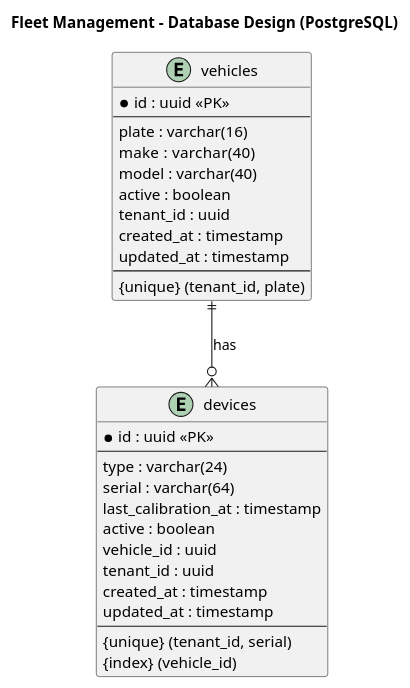
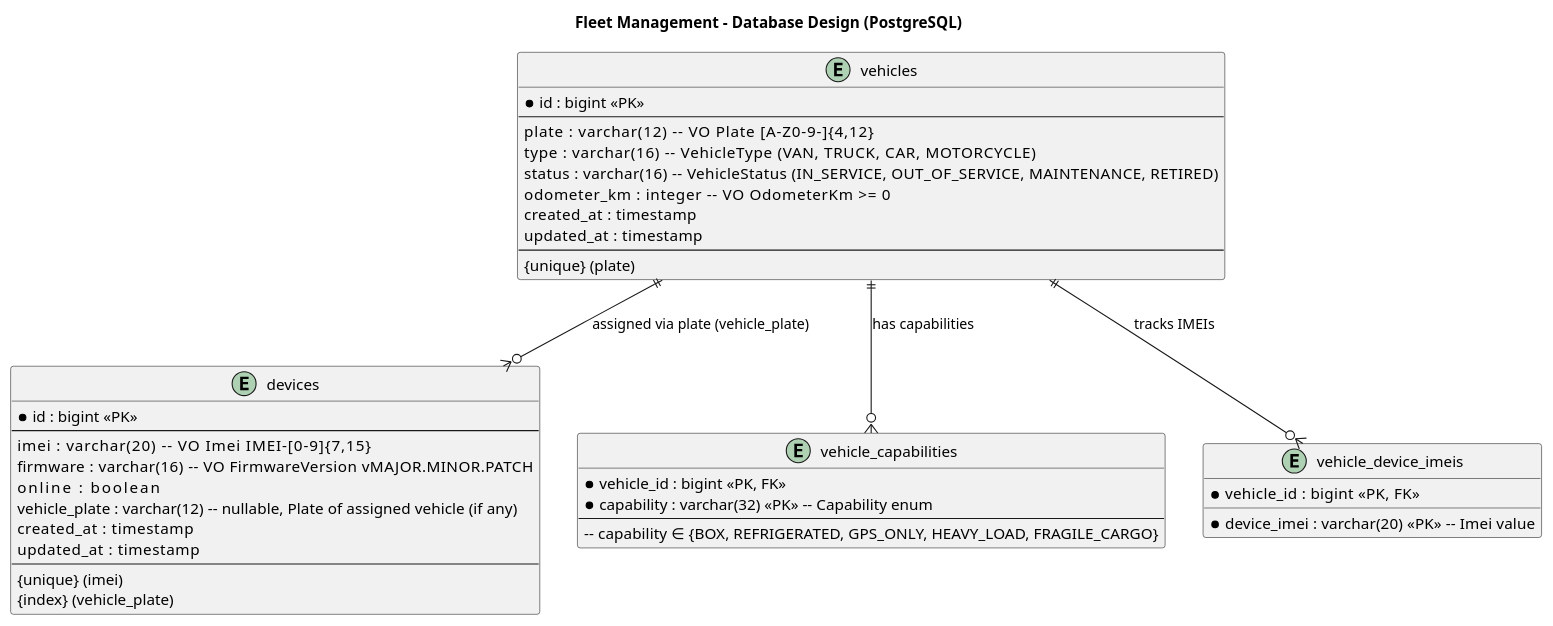
Before and after one commit to Los-Parkers-IoT/LosParkers-report: the diagram in assets/UML/Fleet-Management-Domain-Layer-DataBase-Diagram.puml, drawn with PlantUML.

Commit message:
feat: add database uml

```diff
--- a/assets/UML/Fleet-Management-Domain-Layer-DataBase-Diagram.puml
+++ b/assets/UML/Fleet-Management-Domain-Layer-DataBase-Diagram.puml
@@ -1,36 +1,59 @@
 @startuml
 title Fleet Management - Database Design (PostgreSQL)
 
+/'
+  Based on current JPA model:
+
+  - Vehicle.id / Device.id => Long (BIGINT)
+  - Plate, Imei, FirmwareVersion, OdometerKm => @Embeddable VOs
+  - vehicle_capabilities => @ElementCollection<Capability>
+  - vehicle_device_imeis => @ElementCollection<Imei>
+'/
+
+
 entity vehicles {
-  * id : uuid <<PK>>
+  * id : bigint <<PK>>
   --
-  plate : varchar(16)
-  make  : varchar(40)
-  model : varchar(40)
-  active : boolean
-  tenant_id : uuid
-  created_at : timestamp
-  updated_at : timestamp
+  plate        : varchar(12)   -- VO Plate [A-Z0-9-]{4,12}
+  type         : varchar(16)   -- VehicleType (VAN, TRUCK, CAR, MOTORCYCLE)
+  status       : varchar(16)   -- VehicleStatus (IN_SERVICE, OUT_OF_SERVICE, MAINTENANCE, RETIRED)
+  odometer_km  : integer       -- VO OdometerKm >= 0
+  created_at   : timestamp
+  updated_at   : timestamp
   --
-  {unique} (tenant_id, plate)
+  {unique} (plate)
 }
 
 entity devices {
-  * id : uuid <<PK>>
+  * id : bigint <<PK>>
   --
-  type : varchar(24)
-  serial : varchar(64)
-  last_calibration_at : timestamp
-  active : boolean
-  vehicle_id : uuid
-  tenant_id : uuid
-  created_at : timestamp
-  updated_at : timestamp
+  imei          : varchar(20)  -- VO Imei IMEI-[0-9]{7,15}
+  firmware      : varchar(16)  -- VO FirmwareVersion vMAJOR.MINOR.PATCH
+  online        : boolean
+  vehicle_plate : varchar(12)  -- nullable, Plate of assigned vehicle (if any)
+  created_at    : timestamp
+  updated_at    : timestamp
   --
-  {unique} (tenant_id, serial)
-  {index} (vehicle_id)
+  {unique} (imei)
+  {index} (vehicle_plate)
 }
 
-vehicles ||--o{ devices : has
+entity vehicle_capabilities {
+  * vehicle_id : bigint <<PK, FK>>
+  * capability : varchar(32) <<PK>> -- Capability enum
+  --
+  -- capability ∈ {BOX, REFRIGERATED, GPS_ONLY, HEAVY_LOAD, FRAGILE_CARGO}
+}
+
+entity vehicle_device_imeis {
+  * vehicle_id   : bigint <<PK, FK>>
+  * device_imei  : varchar(20) <<PK>> -- Imei value
+}
+
+vehicles ||--o{ vehicle_capabilities : "has capabilities"
+vehicles ||--o{ vehicle_device_imeis : "tracks IMEIs"
+
+' Relación lógica: cada device puede estar asignado a lo más un vehículo (por plate)
+vehicles ||--o{ devices : "assigned via plate (vehicle_plate)"
 
 @enduml
```
